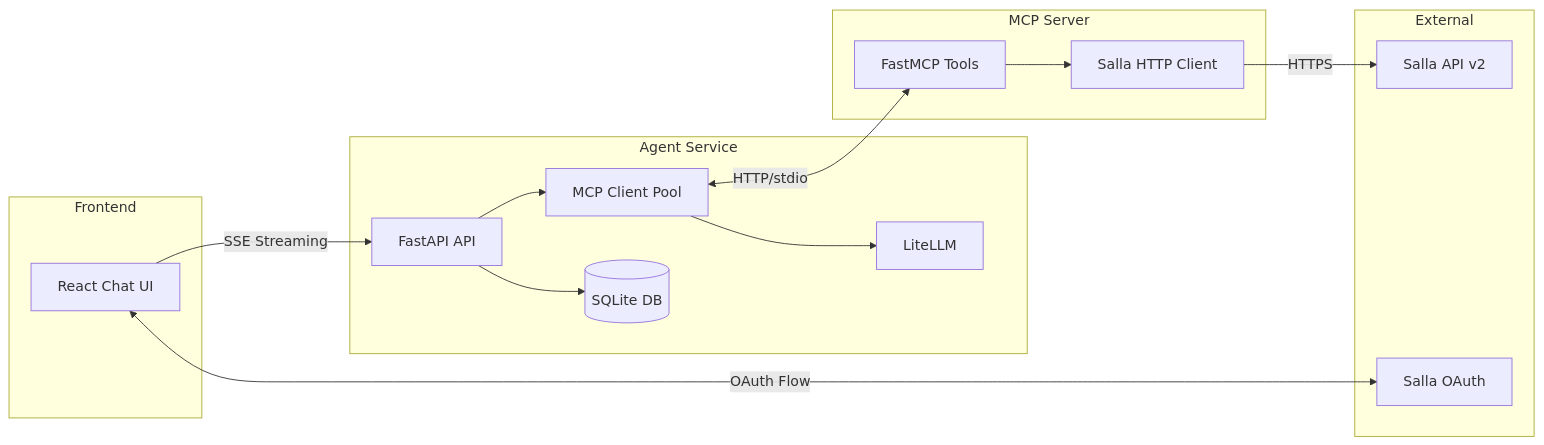
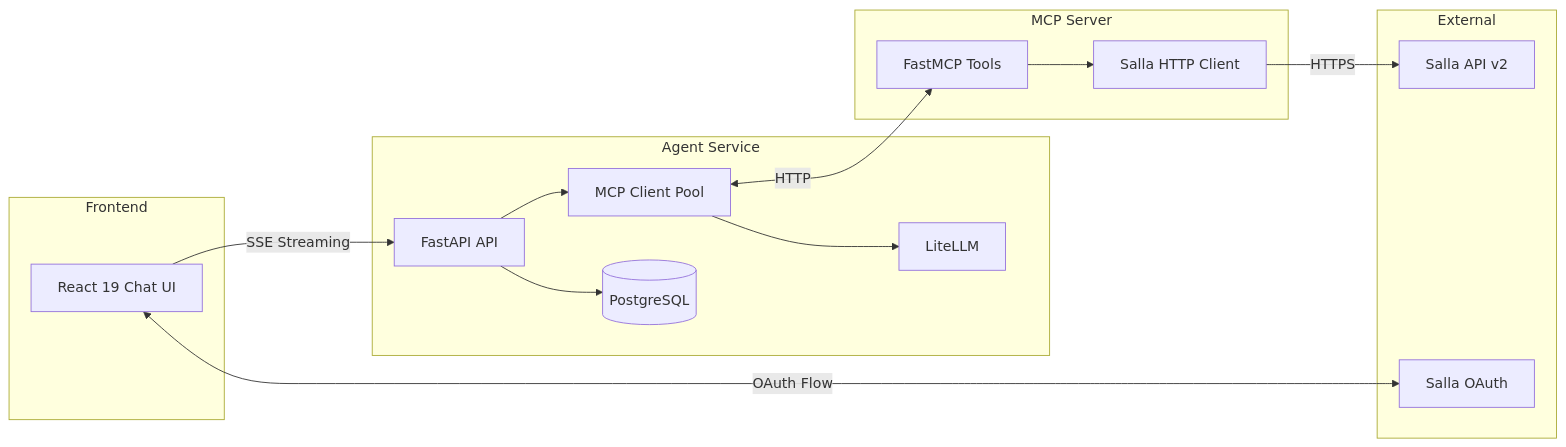
The diagram in README.md (AhmedKhaled007/salla-ai-assistant), drawn with Mermaid before and after one commit. The commit also changed other lines of this file and 4 other files, not shown here.

````diff
--- a/README.md
+++ b/README.md
@@ -7,32 +39,32 @@
 ```mermaid
 flowchart LR
     subgraph Frontend
-        UI[React Chat UI]
+        UI[React 19 Chat UI]
     end
     
     subgraph "Agent Service"
         API[FastAPI API]
         MCP[MCP Client Pool]
         LLM[LiteLLM]
-        DB[(SQLite DB)]
+        DB[(PostgreSQL)]
     end
     
     subgraph "MCP Server"
         Tools[FastMCP Tools]
         Client[Salla HTTP Client]
     end
     
     subgraph External
         Salla[Salla API v2]
         OAuth[Salla OAuth]
     end
     
     UI -->|SSE Streaming| API
     API --> MCP
-    MCP <-->|HTTP/stdio| Tools
+    MCP <-->|HTTP| Tools
     MCP --> LLM
     API --> DB
     Tools --> Client
     Client -->|HTTPS| Salla
     UI <-->|OAuth Flow| OAuth
 ```
````
